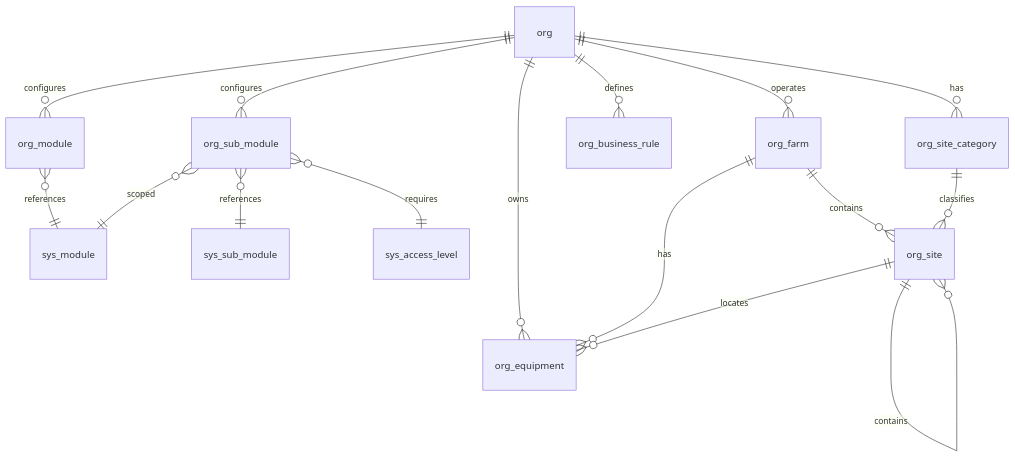
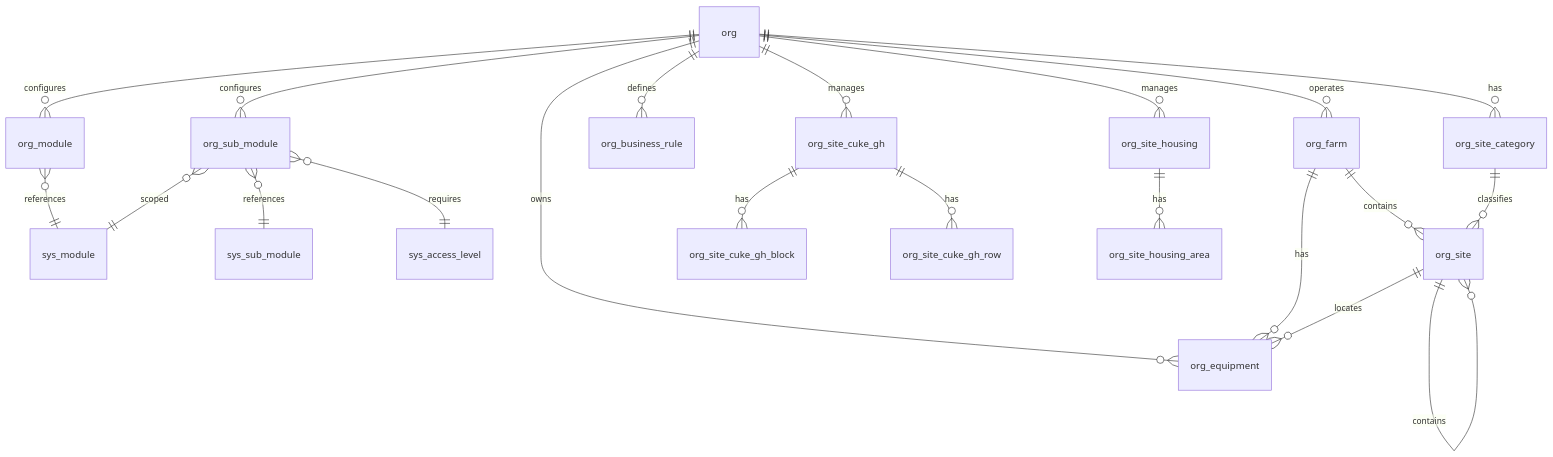
Before and after one commit to Hawaii-Farming/aloha-data-migrations: the diagram in docs/schemas/20260408000002_org.md, drawn with Mermaid. The commit also changed other lines of this file and 3 other files, not shown here.

First line of the commit message:
Align imported schema docs with the post-refactor schema

````diff
--- a/docs/schemas/20260408000002_org.md
+++ b/docs/schemas/20260408000002_org.md
@@ -9,18 +9,23 @@
 ```mermaid
 erDiagram
     org ||--o{ org_module : configures
     org ||--o{ org_sub_module : configures
     org ||--o{ org_farm : operates
     org ||--o{ org_equipment : owns
     org ||--o{ org_business_rule : defines
     org_module }o--|| sys_module : references
     org_sub_module }o--|| sys_sub_module : references
     org_sub_module }o--|| sys_module : scoped
     org_sub_module }o--|| sys_access_level : requires
     org ||--o{ org_site_category : has
     org_farm ||--o{ org_site : contains
     org_site_category ||--o{ org_site : classifies
     org_site ||--o{ org_site : contains
     org_farm ||--o{ org_equipment : has
     org_site ||--o{ org_equipment : locates
+    org ||--o{ org_site_cuke_gh : manages
+    org_site_cuke_gh ||--o{ org_site_cuke_gh_block : has
+    org_site_cuke_gh ||--o{ org_site_cuke_gh_row : has
+    org ||--o{ org_site_housing : manages
+    org_site_housing ||--o{ org_site_housing_area : has
 ```
````
